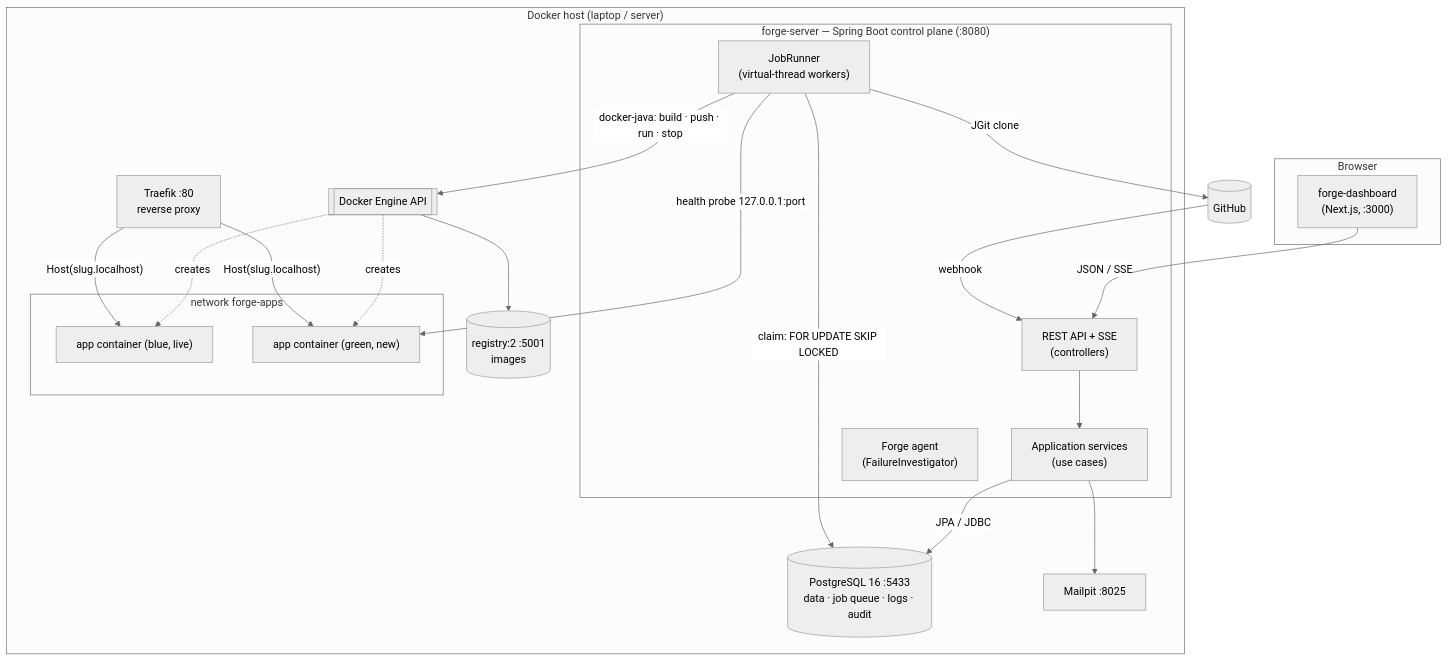
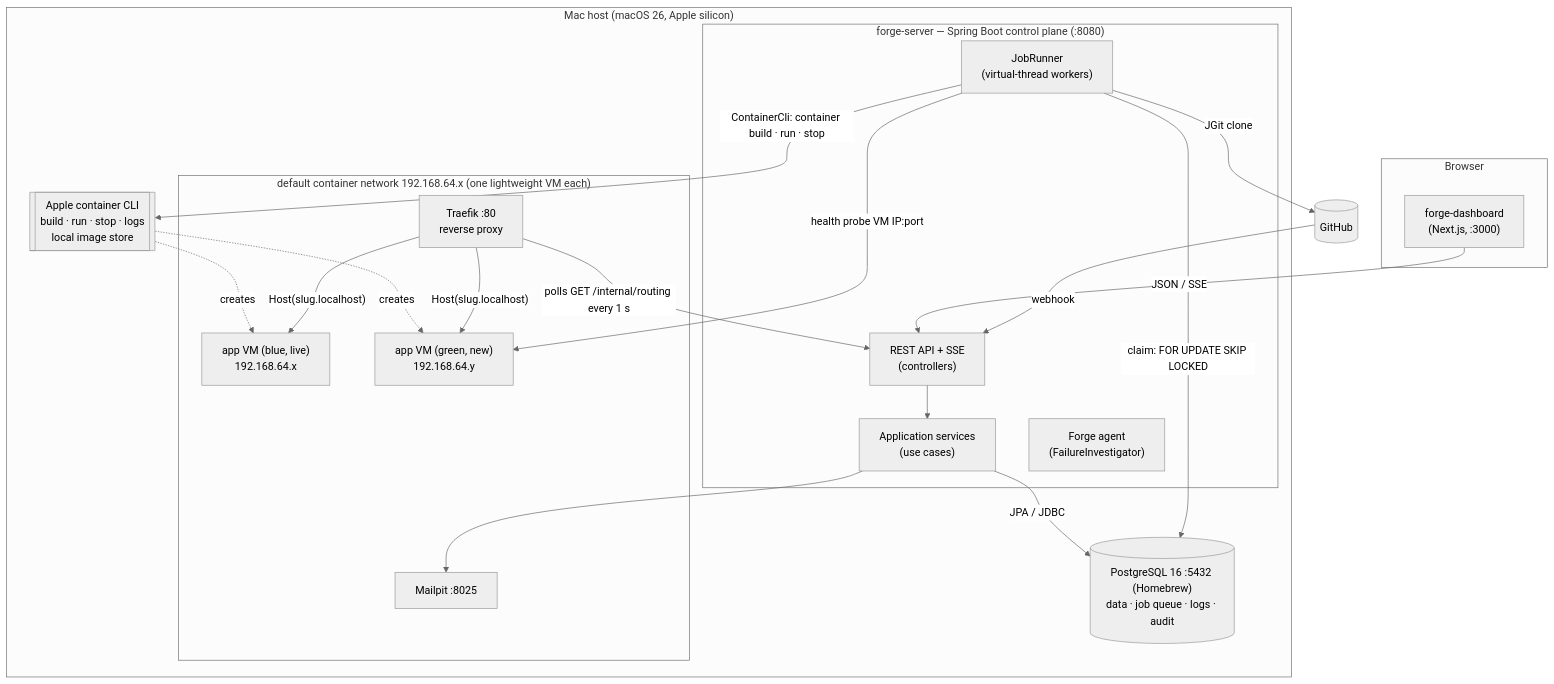
Before and after one commit to sshivanshg/forge: the second of 4 diagrams in docs/02-architecture.md, drawn with Mermaid (neutral theme). The commit also changed other lines of this file and 11 other files, not shown here.

First line of the commit message:
docs: describe Apple container as the default engine (D-004)

````diff
--- a/docs/02-architecture.md
+++ b/docs/02-architecture.md
@@ -24,36 +24,35 @@
 ```mermaid
 flowchart TB
     subgraph Browser
         ui["forge-dashboard<br/>(Next.js, :3000)"]
     end
-    subgraph Host["Docker host (laptop / server)"]
+    subgraph Host["Mac host (macOS 26, Apple silicon)"]
         subgraph CP["forge-server — Spring Boot control plane (:8080)"]
             api["REST API + SSE<br/>(controllers)"]
             svc["Application services<br/>(use cases)"]
             runner["JobRunner<br/>(virtual-thread workers)"]
             agent["Forge agent<br/>(FailureInvestigator)"]
         end
-        pg[("PostgreSQL 16 :5433<br/>data · job queue · logs · audit")]
-        reg[("registry:2 :5001<br/>images")]
-        docker[["Docker Engine API"]]
-        traefik["Traefik :80<br/>reverse proxy"]
-        mailpit["Mailpit :8025"]
-        subgraph Apps["network forge-apps"]
-            blue["app container (blue, live)"]
-            green["app container (green, new)"]
+        pg[("PostgreSQL 16 :5432 (Homebrew)<br/>data · job queue · logs · audit")]
+        engine[["Apple container CLI<br/>build · run · stop · logs<br/>local image store"]]
+        subgraph Net["default container network 192.168.64.x (one lightweight VM each)"]
+            traefik["Traefik :80<br/>reverse proxy"]
+            mailpit["Mailpit :8025"]
+            blue["app VM (blue, live)<br/>192.168.64.x"]
+            green["app VM (green, new)<br/>192.168.64.y"]
         end
     end
     gh[(GitHub)]
 
     ui -->|JSON / SSE| api --> svc
     svc -->|JPA / JDBC| pg
     runner -->|"claim: FOR UPDATE SKIP LOCKED"| pg
     runner -->|JGit clone| gh
-    runner -->|"docker-java: build · push · run · stop"| docker
-    docker --> reg
-    docker -.creates.-> blue & green
+    runner -->|"ContainerCli: container build · run · stop"| engine
+    engine -.creates.-> blue & green
+    traefik -->|"polls GET /internal/routing every 1 s"| api
     traefik -->|"Host(slug.localhost)"| blue & green
-    runner -->|"health probe 127.0.0.1:port"| green
+    runner -->|"health probe VM IP:port"| green
     svc --> mailpit
     gh -->|webhook| api
 ```
````
